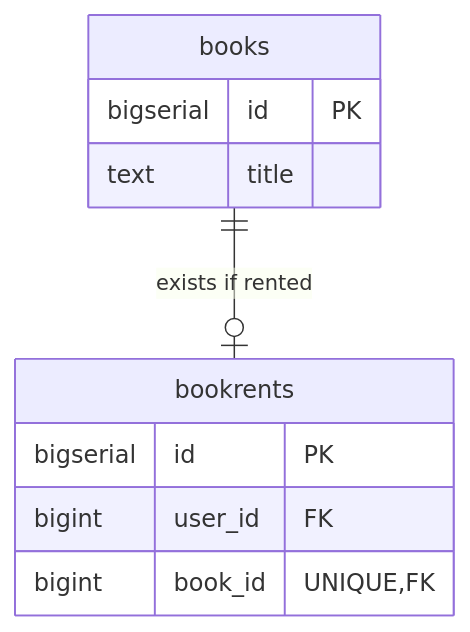
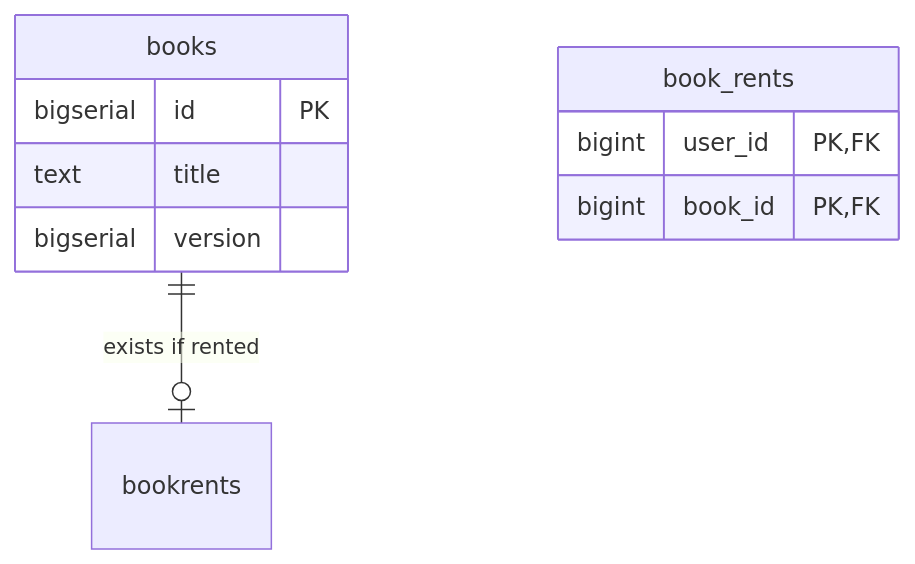
The second of 2 diagrams in README.md (turtton/kmnlib), drawn with Mermaid before and after one commit. The commit also changed other lines of this file and 5 other files, not shown here.

````diff
--- a/README.md
+++ b/README.md
@@ -35,13 +36,13 @@
 ```mermaid
 erDiagram
     books {
         bigserial id "PK"
         text title
+        bigserial version
     }
-    bookrents {
-        bigserial id "PK"
-        bigint user_id "FK"
-        bigint book_id "UNIQUE,FK"
+    book_rents {
+        bigint user_id "PK,FK"
+        bigint book_id "PK,FK"
     }
     books ||--o| bookrents: "exists if rented"
 ```
````
